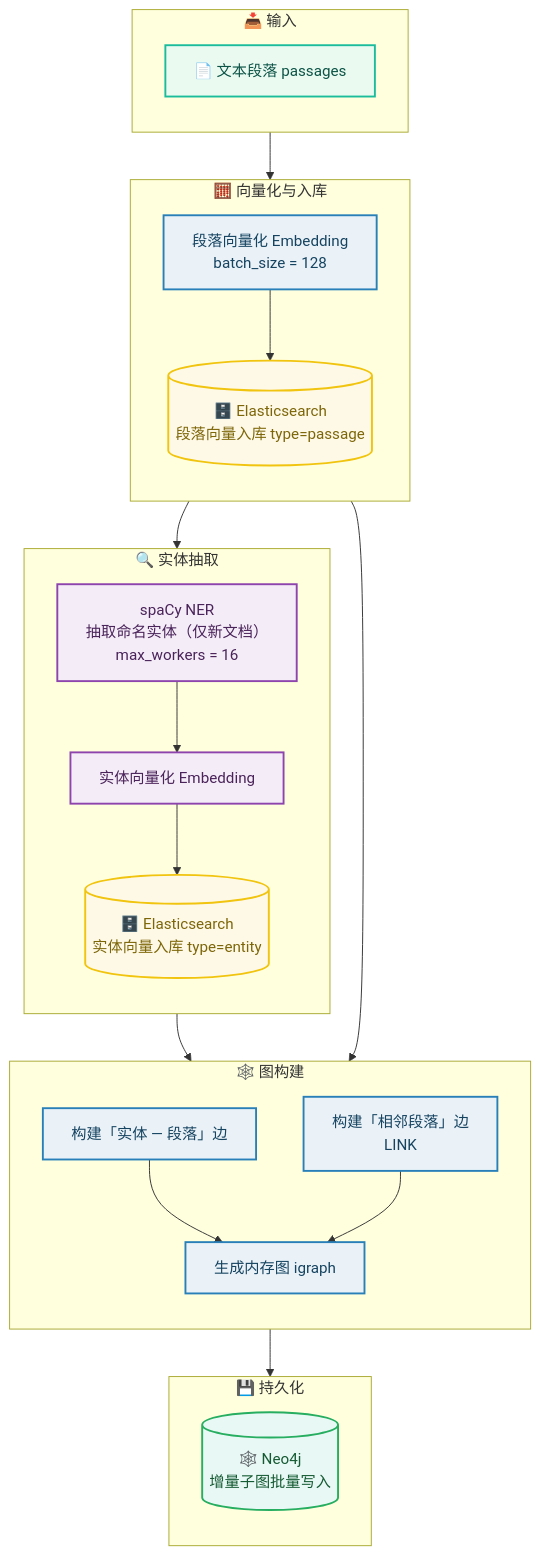
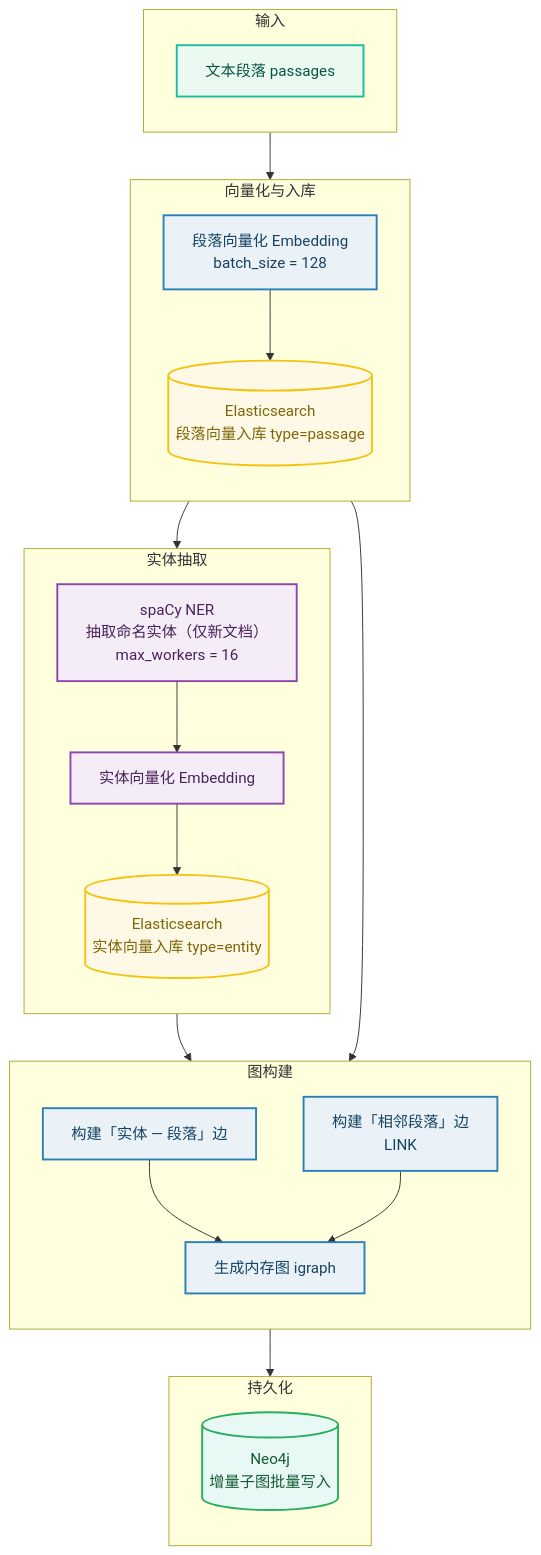
The first of 2 diagrams in README.md (domicess/simplerag), drawn with Mermaid before and after one commit. The commit also changed other lines of this file, not shown here.

````diff
--- a/README.md
+++ b/README.md
@@ -32,50 +27,50 @@
 ```mermaid
 flowchart TB
     classDef input fill:#eafaf1,stroke:#1abc9c,stroke-width:2px,color:#0b5345;
     classDef es fill:#fef9e7,stroke:#f1c40f,stroke-width:2px,color:#7d6608;
     classDef ner fill:#f4ecf7,stroke:#8e44ad,stroke-width:2px,color:#4a235a;
     classDef build fill:#eaf2f8,stroke:#2980b9,stroke-width:2px,color:#154360;
     classDef store fill:#e8f8f5,stroke:#27ae60,stroke-width:2px,color:#145a32;
 
-    subgraph SRC["📥 输入"]
+    subgraph SRC["输入"]
         direction TB
-        A["📄 文本段落 passages"]
+        A["文本段落 passages"]
     end
 
-    subgraph EMB["🧮 向量化与入库"]
+    subgraph EMB["向量化与入库"]
         direction TB
-        B["段落向量化 Embedding<br/>batch_size = 128"] --> C[("🗄️ Elasticsearch<br/>段落向量入库 type=passage")]
+        B["段落向量化 Embedding<br/>batch_size = 128"] --> C[("Elasticsearch<br/>段落向量入库 type=passage")]
     end
 
-    subgraph NER["🔍 实体抽取"]
+    subgraph NER["实体抽取"]
         direction TB
         D["spaCy NER<br/>抽取命名实体（仅新文档）<br/>max_workers = 16"] --> E["实体向量化 Embedding"]
-        E --> F[("🗄️ Elasticsearch<br/>实体向量入库 type=entity")]
+        E --> F[("Elasticsearch<br/>实体向量入库 type=entity")]
     end
 
-    subgraph BUILD["🕸️ 图构建"]
+    subgraph BUILD["图构建"]
         direction TB
         G["构建「实体 — 段落」边"]
         H["构建「相邻段落」边<br/>LINK"]
         I["生成内存图 igraph"]
     end
 
-    subgraph STORE["💾 持久化"]
+    subgraph STORE["持久化"]
         direction TB
-        J[("🕸️ Neo4j<br/>增量子图批量写入")]
+        J[("Neo4j<br/>增量子图批量写入")]
     end
 
     A --> B
     C --> D
     F --> G
     C --> H
     G --> I
     H --> I
     I --> J
 
     class A input;
     class C,F es;
     class D,E ner;
     class B,G,H,I build;
     class J store;
 ```
````
